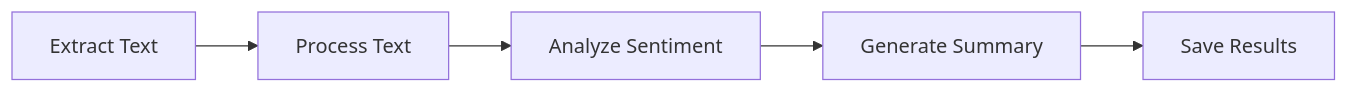
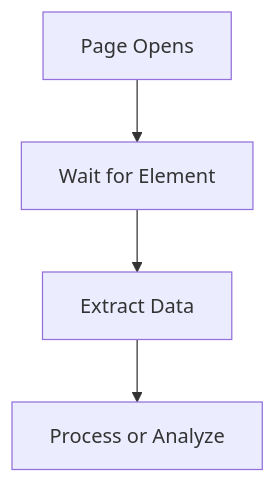
One commit to agentic-com/Agentic-Flow-Doc changed the first of 2 diagrams in src/content/docs/usage/troubleshooting/performance-optimization.md. Above: the diagram before and after it, drawn with Mermaid. The commit also changed other lines of this file and 185 other files, not shown here.

`````diff
--- a/src/content/docs/usage/troubleshooting/performance-optimization.md
+++ b/src/content/docs/usage/troubleshooting/performance-optimization.md
@@ -355,7 +106,6 @@
 ```mermaid
-graph LR
-    A[Extract Text] --> B[Process Text]
-    B --> C[Analyze Sentiment]
-    C --> D[Generate Summary]
-    D --> E[Save Results]
-```
+flowchart TD
+    A[Page Opens] --> B[Wait for Element]
+    B --> C[Extract Data]
+    C --> D[Process or Analyze]
+````
`````
